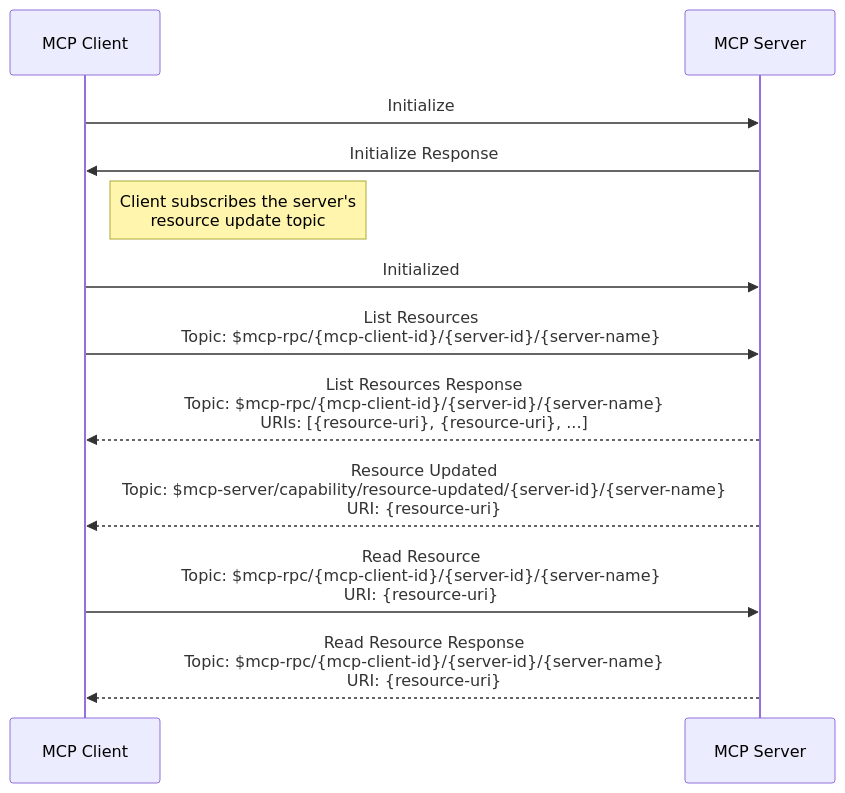
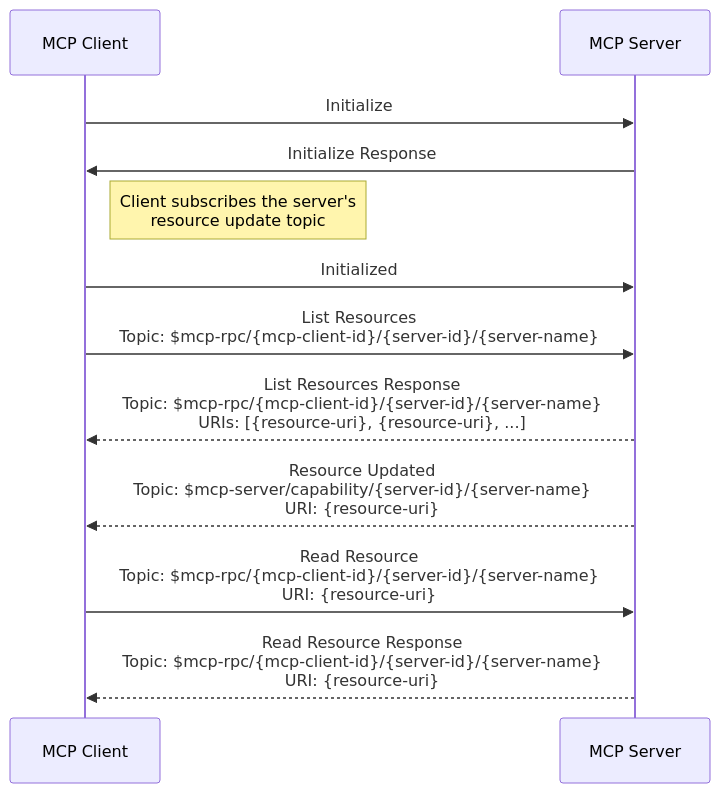
Before and after one commit to mqtt-ai/mcp-over-mqtt: the fourth of 4 diagrams in specification/2025-03-26/basic/mqtt_transport.md, drawn with Mermaid. The commit also changed other lines of this file, not shown here.

Commit message:
use the same topic to send list_changed and resource updated notifications

````diff
--- a/specification/2025-03-26/basic/mqtt_transport.md
+++ b/specification/2025-03-26/basic/mqtt_transport.md
@@ -373,21 +370,21 @@
 ```mermaid
 
 sequenceDiagram
     participant MCP_Client as MCP Client
     participant MCP_Server as MCP Server
 
     MCP_Client ->> MCP_Server: Initialize
     MCP_Server ->> MCP_Client: Initialize Response
     Note right of MCP_Client: Client subscribes the server's<br/>resource update topic
     MCP_Client ->> MCP_Server: Initialized
 
     MCP_Client ->> MCP_Server: List Resources<br/>Topic: $mcp-rpc/{mcp-client-id}/{server-id}/{server-name}
 
     MCP_Server -->> MCP_Client: List Resources Response<br/>Topic: $mcp-rpc/{mcp-client-id}/{server-id}/{server-name}<br/>URIs: [{resource-uri}, {resource-uri}, ...]
 
-    MCP_Server -->> MCP_Client: Resource Updated<br/>Topic: $mcp-server/capability/resource-updated/{server-id}/{server-name}<br/>URI: {resource-uri}
+    MCP_Server -->> MCP_Client: Resource Updated<br/>Topic: $mcp-server/capability/{server-id}/{server-name}<br/>URI: {resource-uri}
 
     MCP_Client ->> MCP_Server: Read Resource<br/>Topic: $mcp-rpc/{mcp-client-id}/{server-id}/{server-name}<br/>URI: {resource-uri}
 
     MCP_Server -->> MCP_Client: Read Resource Response<br/>Topic: $mcp-rpc/{mcp-client-id}/{server-id}/{server-name}<br/>URI: {resource-uri}
 ```
````
